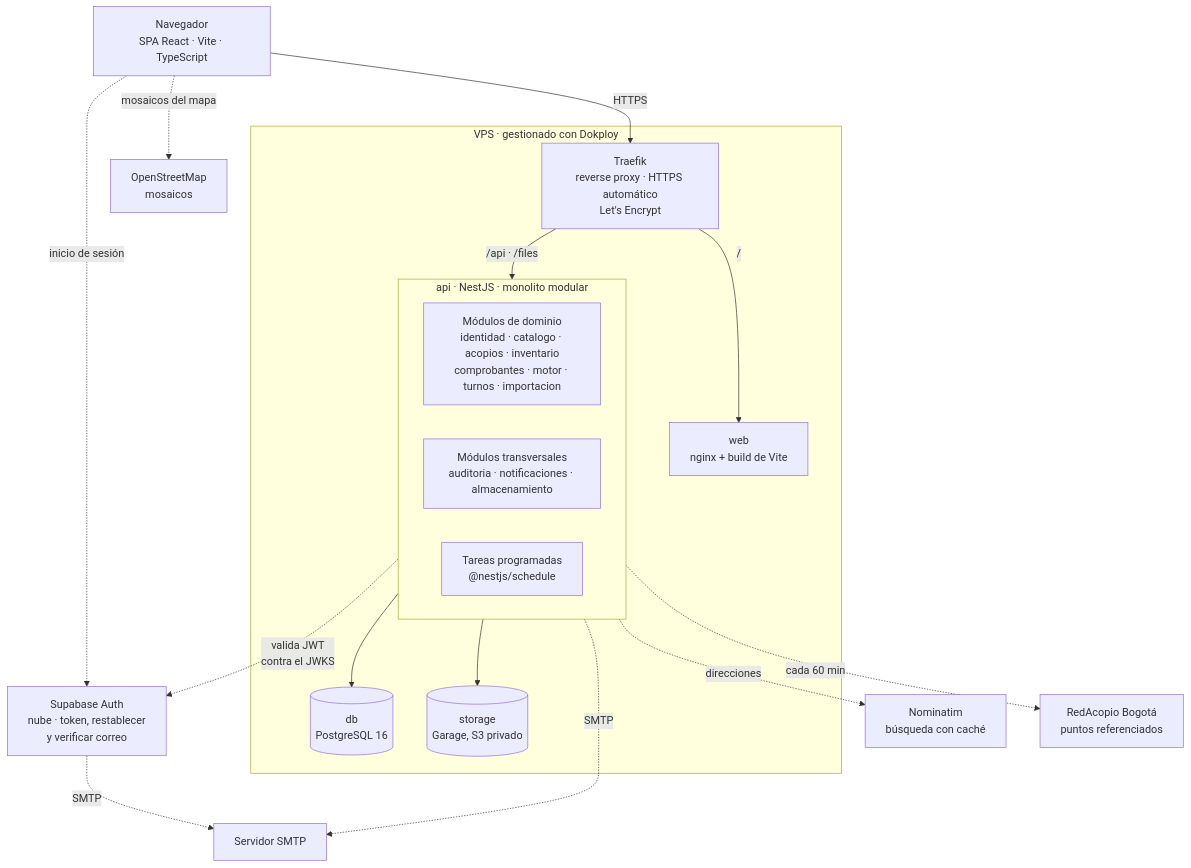
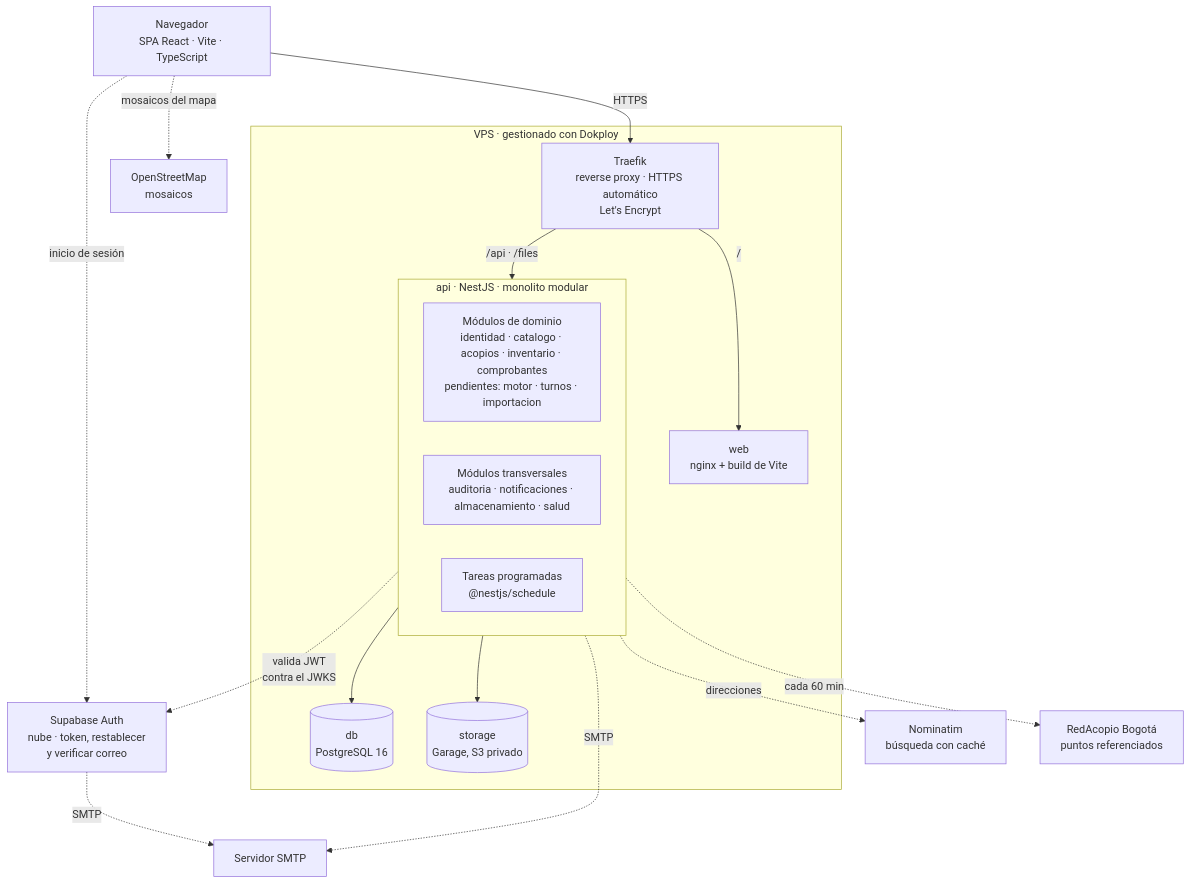
The second of 2 diagrams in docs/02-arquitectura/vista-general.md (Proyecto-IngSoftware/acopio), drawn with Mermaid before and after one commit. The commit also changed other lines of this file and 62 other files, not shown here.

````diff
--- a/docs/02-arquitectura/vista-general.md
+++ b/docs/02-arquitectura/vista-general.md
@@ -49,31 +49,31 @@
 ```mermaid
 flowchart TB
     Cliente["Navegador<br/>SPA React · Vite · TypeScript"] -->|HTTPS| Traefik
     Cliente -.->|"inicio de sesión"| SupabaseAuth["Supabase Auth<br/>nube · token, restablecer<br/>y verificar correo"]
     Cliente -.->|"mosaicos del mapa"| OSM["OpenStreetMap<br/>mosaicos"]
 
     subgraph VPS["VPS · gestionado con Dokploy"]
         Traefik["Traefik<br/>reverse proxy · HTTPS automático<br/>Let's Encrypt"]
         Web["web<br/>nginx + build de Vite"]
 
         subgraph API["api · NestJS · monolito modular"]
-            Dominio["Módulos de dominio<br/>identidad · catalogo · acopios · inventario<br/>comprobantes · motor · turnos · importacion"]
-            Transversales["Módulos transversales<br/>auditoria · notificaciones · almacenamiento"]
+            Dominio["Módulos de dominio<br/>identidad · catalogo · acopios · inventario · comprobantes<br/>pendientes: motor · turnos · importacion"]
+            Transversales["Módulos transversales<br/>auditoria · notificaciones · almacenamiento · salud"]
             Tareas["Tareas programadas<br/>@nestjs/schedule"]
         end
 
         DB[("db<br/>PostgreSQL 16")]
         Storage[("storage<br/>Garage, S3 privado")]
 
         Traefik -->|"/"| Web
         Traefik -->|"/api · /files"| API
         API --> DB
         API --> Storage
     end
 
     API -.->|"valida JWT<br/>contra el JWKS"| SupabaseAuth
     API -.->|SMTP| SMTP["Servidor SMTP"]
     SupabaseAuth -.->|SMTP| SMTP
     API -.->|"direcciones"| Nominatim["Nominatim<br/>búsqueda con caché"]
     API -.->|"cada 60 min"| RedAcopio["RedAcopio Bogotá<br/>puntos referenciados"]
 ```
````
